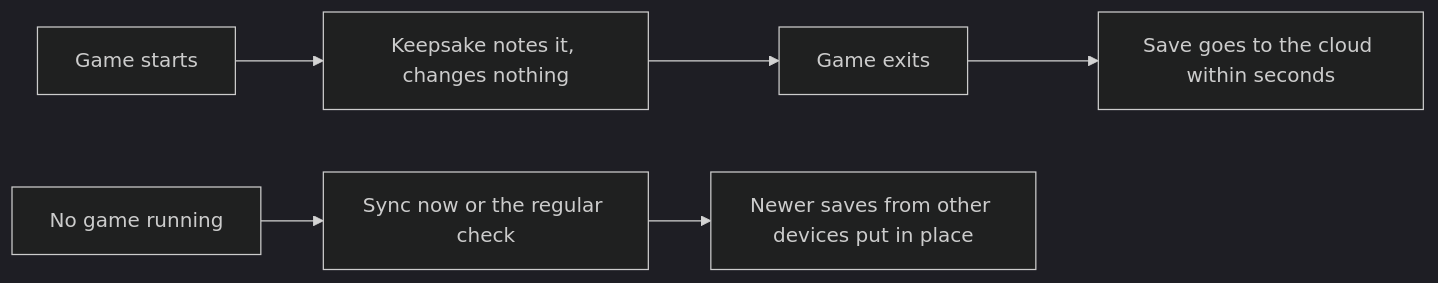
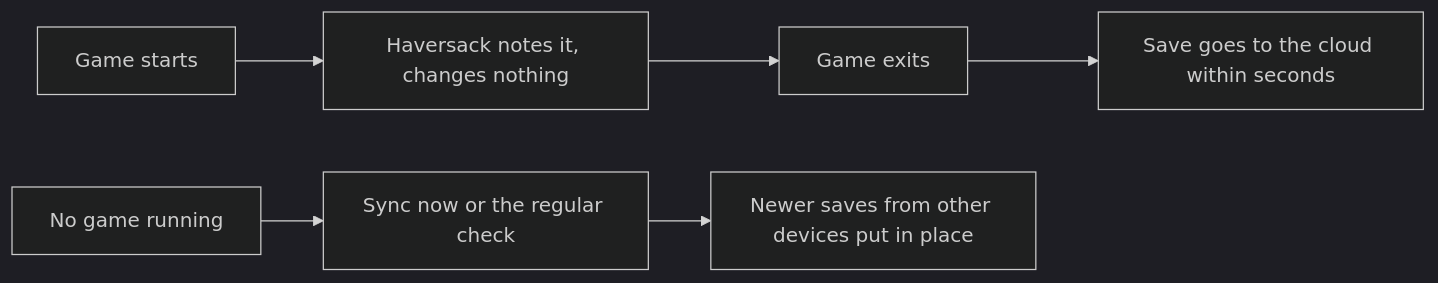
Before and after one commit to breakmylegs/haversack: the second of 3 diagrams in docs/user/how-sync-works.md, drawn with Mermaid (dark theme). The commit also changed other lines of this file and 35 other files, not shown here.

````diff
--- a/docs/user/how-sync-works.md
+++ b/docs/user/how-sync-works.md
@@ -37,8 +37,8 @@
 ```mermaid
 flowchart LR
-    A[Game starts] --> B[Keepsake notes it, changes nothing]
+    A[Game starts] --> B[Haversack notes it, changes nothing]
     B --> C[Game exits]
     C --> D[Save goes to the cloud within seconds]
     E[No game running] --> F[Sync now or the regular check]
     F --> G[Newer saves from other devices put in place]
 ```
````
